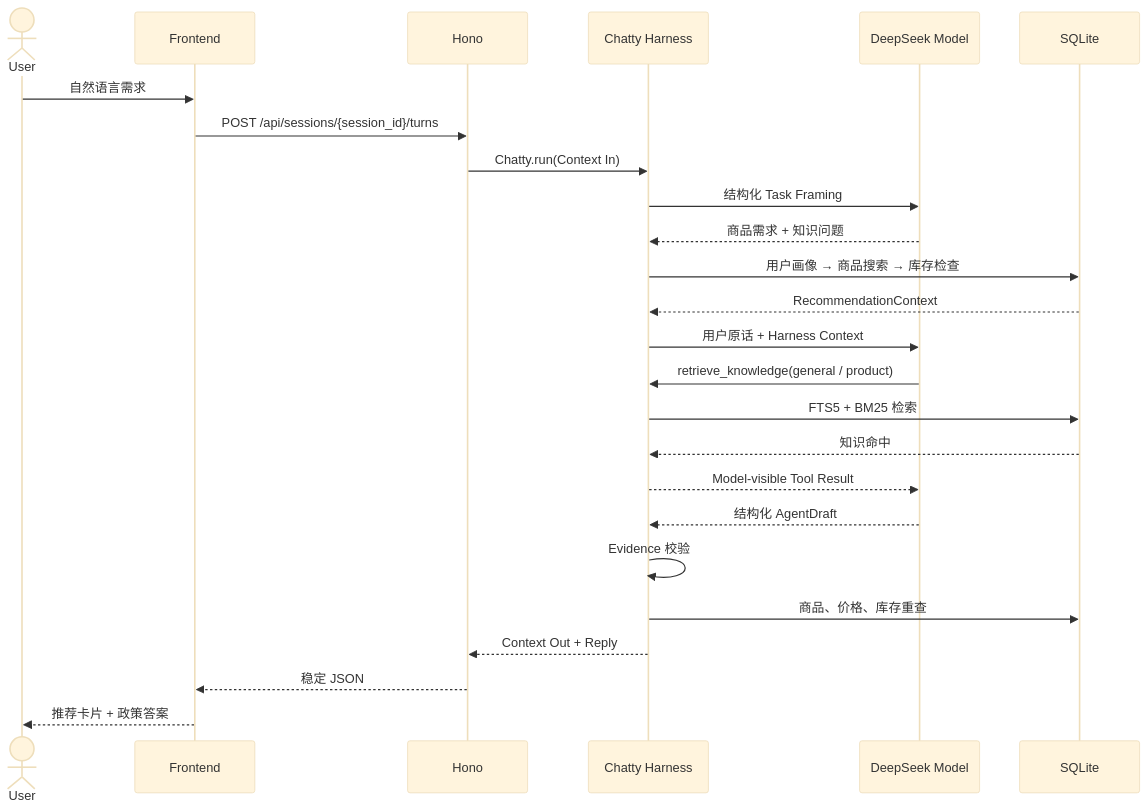
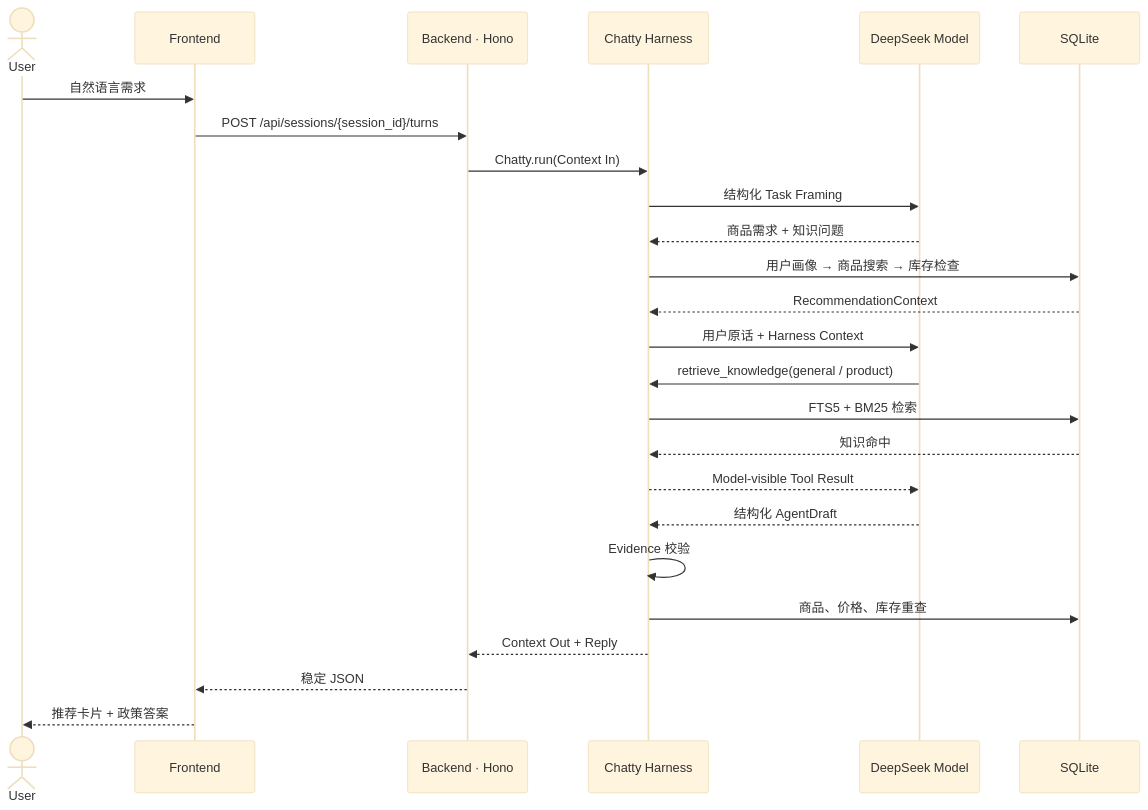
The diagram in docs/chatty-book/chapter2.md (ImWenyaoT/chatty), drawn with Mermaid (base theme) before and after one commit. The commit also changed other lines of this file and 6 other files, not shown here.

````diff
--- a/docs/chatty-book/chapter2.md
+++ b/docs/chatty-book/chapter2.md
@@ -60,28 +60,28 @@
 ```mermaid
 sequenceDiagram
     actor U as User
     participant F as Frontend
-    participant A as Hono
+    participant A as Backend · Hono
     participant H as Chatty Harness
     participant M as DeepSeek Model
     participant D as SQLite
 
     U->>F: 自然语言需求
     F->>A: POST /api/sessions/{session_id}/turns
     A->>H: Chatty.run(Context In)
     H->>M: 结构化 Task Framing
     M-->>H: 商品需求 + 知识问题
     H->>D: 用户画像 → 商品搜索 → 库存检查
     D-->>H: RecommendationContext
     H->>M: 用户原话 + Harness Context
     M->>H: retrieve_knowledge(general / product)
     H->>D: FTS5 + BM25 检索
     D-->>H: 知识命中
     H-->>M: Model-visible Tool Result
     M-->>H: 结构化 AgentDraft
     H->>H: Evidence 校验
     H->>D: 商品、价格、库存重查
     H-->>A: Context Out + Reply
     A-->>F: 稳定 JSON
     F-->>U: 推荐卡片 + 政策答案
 ```
````
